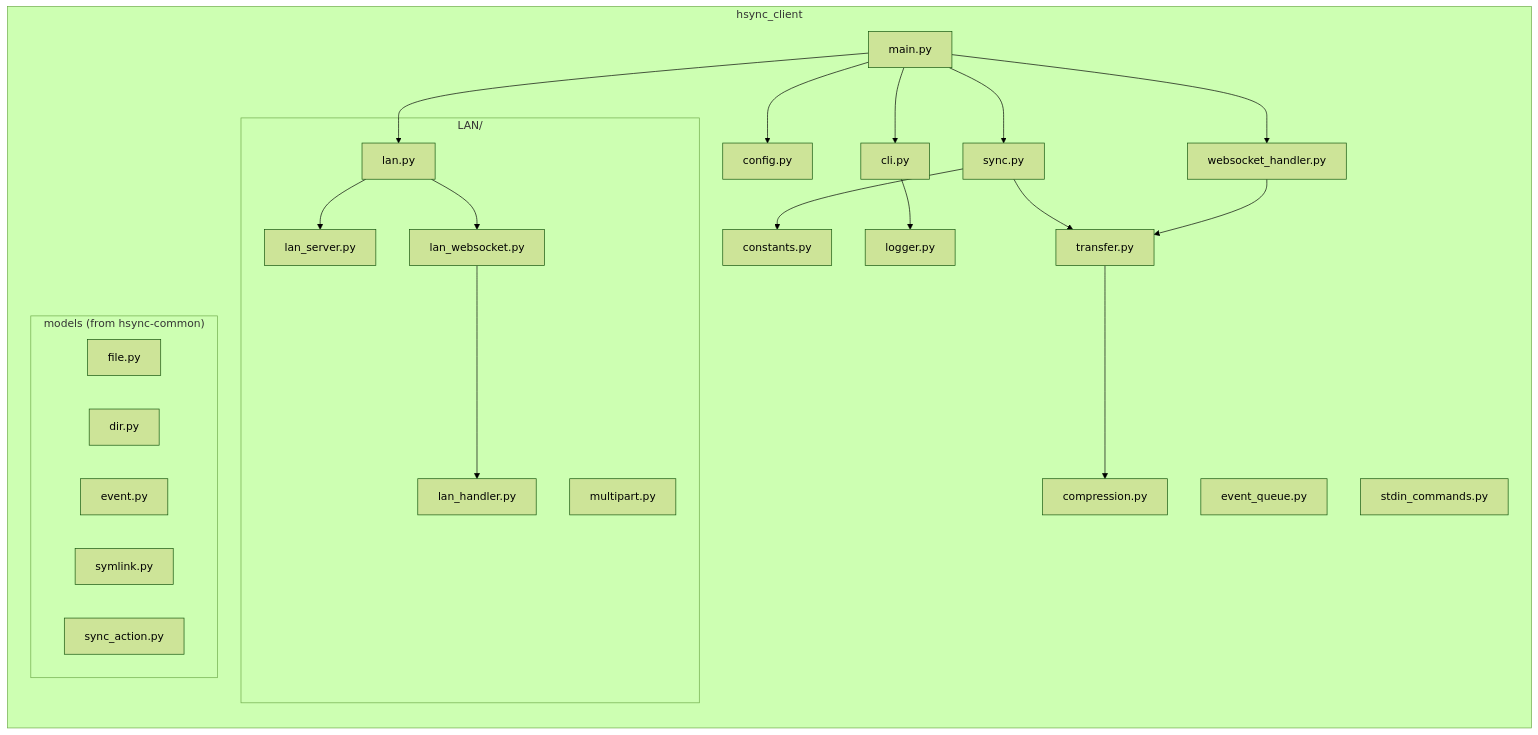
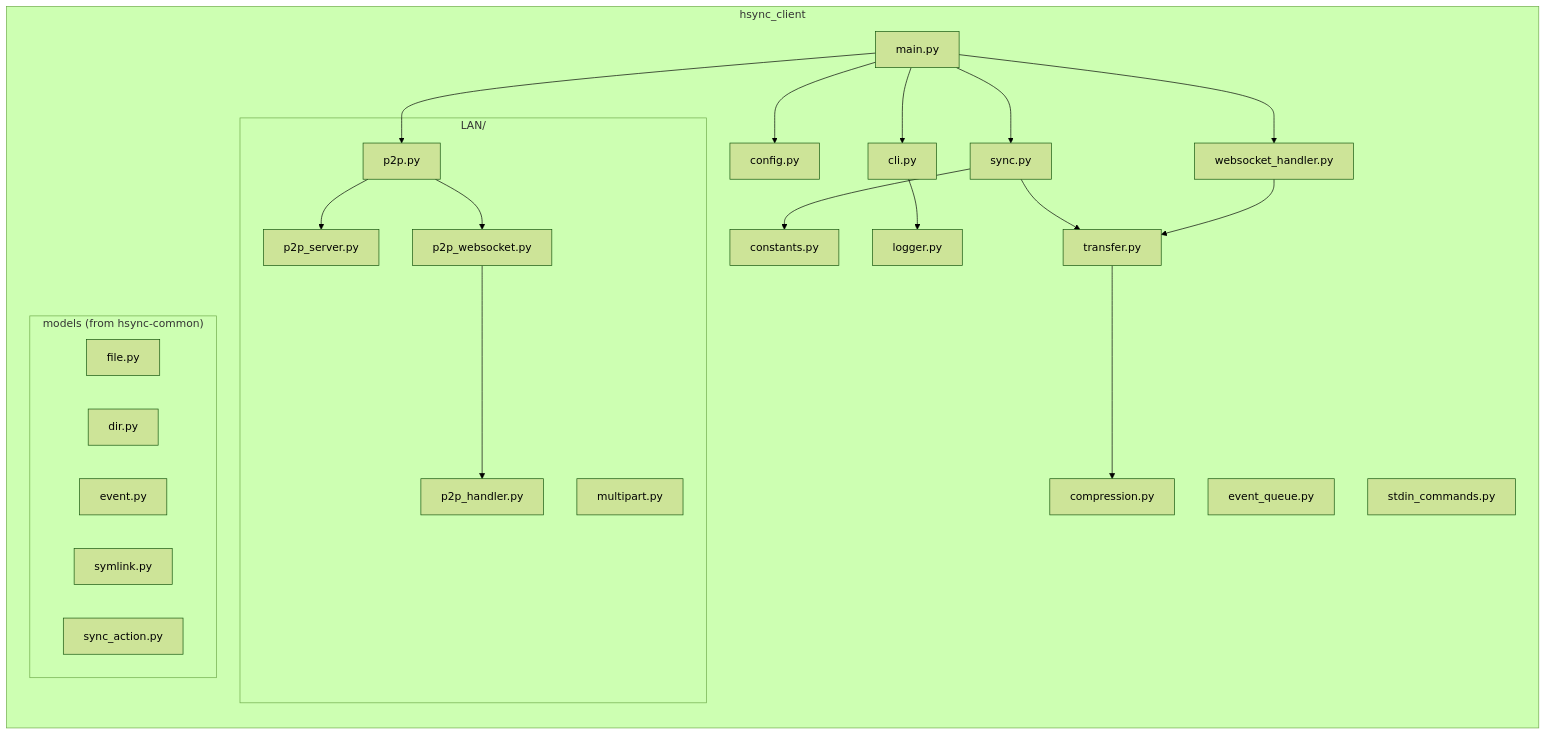
Before and after one commit to albertsdk/hsync-client: the first of 3 diagrams in docs/internal/developer.md, drawn with Mermaid (forest theme). The commit also changed other lines of this file and 282 other files, not shown here.

````diff
--- a/docs/internal/developer.md
+++ b/docs/internal/developer.md
@@ -23,46 +23,46 @@
 ```mermaid
 graph LR
     subgraph "hsync_client"
         main[main.py]
         cli[cli.py]
         config[config.py]
         constants[constants.py]
         sync[sync.py]
         transfer[transfer.py]
         websocket[websocket_handler.py]
         logger[logger.py]
         event_queue[event_queue.py]
         compression[compression.py]
         stdin[stdin_commands.py]
 
         subgraph "LAN/"
-            lan[lan.py]
-            lan_server[lan_server.py]
+            lan[p2p.py]
+            p2p_server[p2p_server.py]
             multipart[multipart.py]
-            lan_websocket[lan_websocket.py]
-            lan_handler[lan_handler.py]
+            p2p_websocket[p2p_websocket.py]
+            p2p_handler[p2p_handler.py]
         end
 
         subgraph "models (from hsync-common)"
             file[file.py]
             dir[dir.py]
             event[event.py]
             symlink[symlink.py]
             sync_action[sync_action.py]
         end
     end
 
     main --> cli
     main --> config
     main --> sync
     main --> websocket
     sync --> transfer
     sync --> constants
     websocket --> transfer
     cli --> logger
     main --> lan
-    lan --> lan_server
-    lan --> lan_websocket
-    lan_websocket --> lan_handler
+    lan --> p2p_server
+    lan --> p2p_websocket
+    p2p_websocket --> p2p_handler
     transfer --> compression
 ```
````
